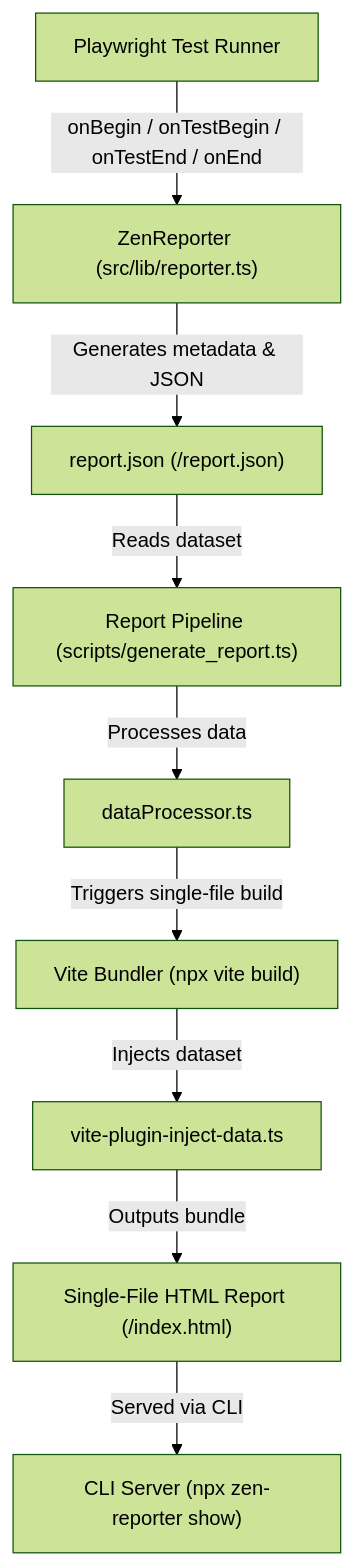
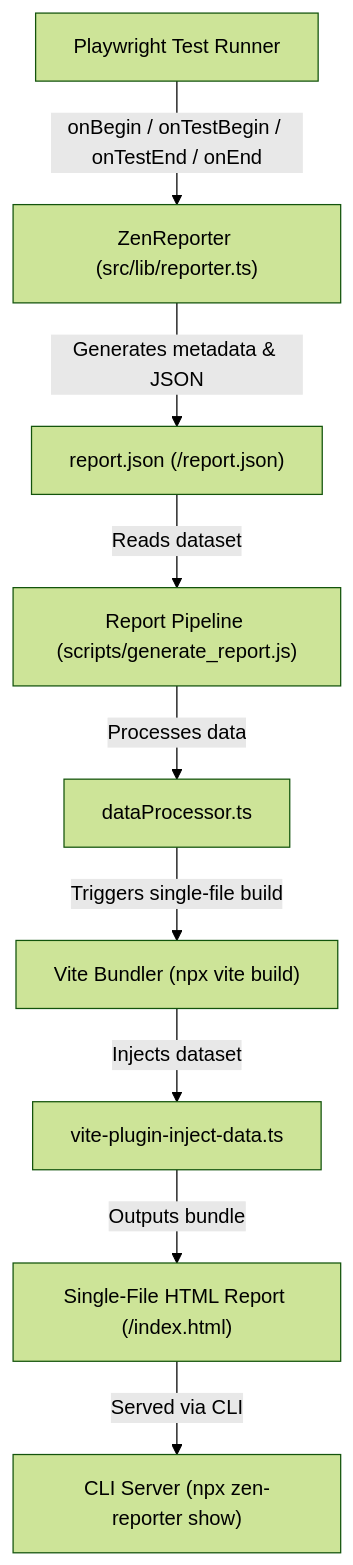
The diagram in docs/architecture.md (apatelia/zen-reporter), drawn with Mermaid (forest theme) before and after one commit. The commit also changed other lines of this file and 15 other files, not shown here.

````diff
--- a/docs/architecture.md
+++ b/docs/architecture.md
@@ -52,11 +55,11 @@
 ```mermaid
 flowchart TD
     A["Playwright Test Runner"] -->|onBegin / onTestBegin / onTestEnd / onEnd| B["ZenReporter (src/lib/reporter.ts)"]
     B -->|Generates metadata & JSON| C["report.json (<outputDir>/report.json)"]
-    C -->|Reads dataset| D["Report Pipeline (scripts/generate_report.ts)"]
+    C -->|Reads dataset| D["Report Pipeline (scripts/generate_report.js)"]
     D -->|Processes data| E["dataProcessor.ts"]
     E -->|Triggers single-file build| F["Vite Bundler (npx vite build)"]
     F -->|Injects dataset| G["vite-plugin-inject-data.ts"]
     G -->|Outputs bundle| H["Single-File HTML Report (<outputDir>/index.html)"]
     H -->|Served via CLI| I["CLI Server (npx zen-reporter show)"]
 ```
````
